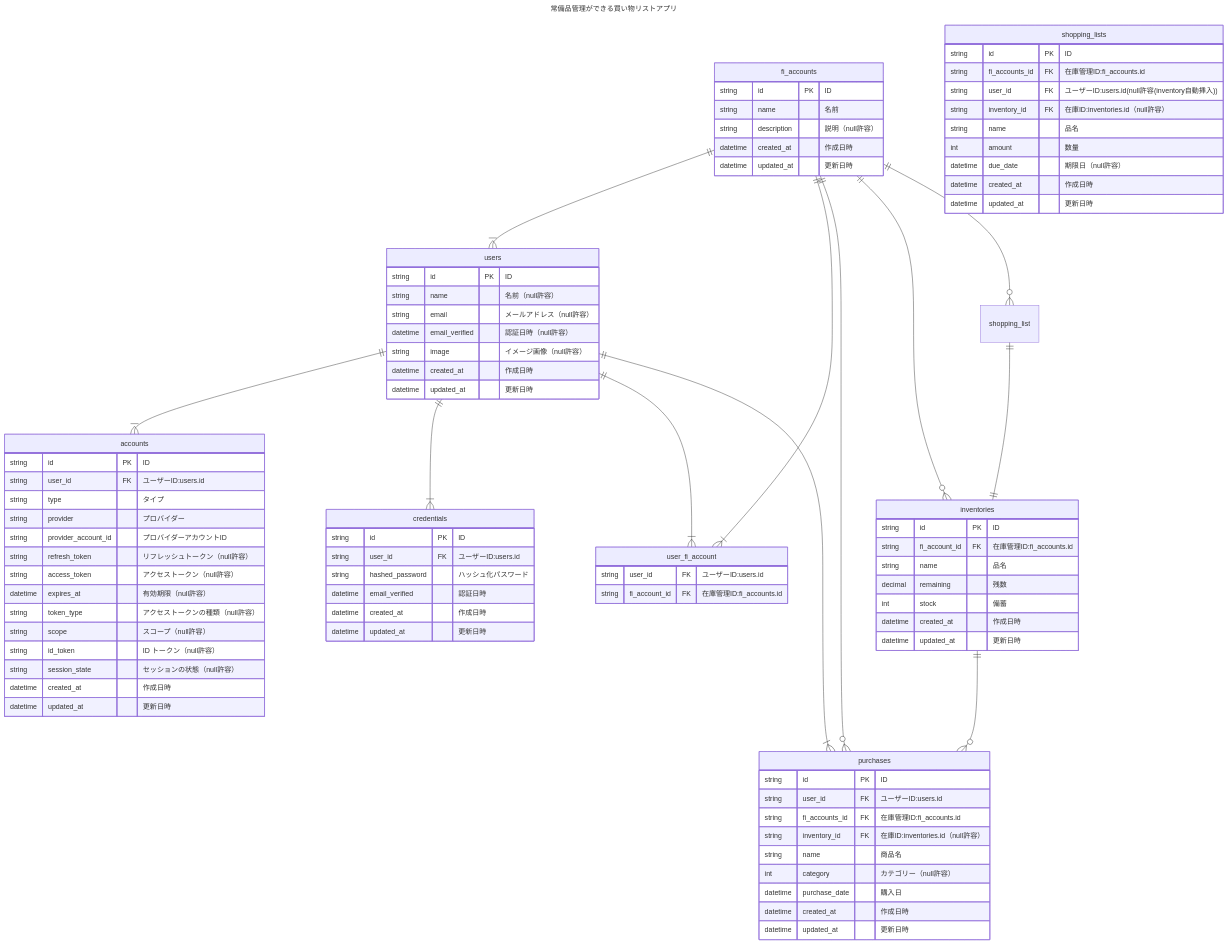
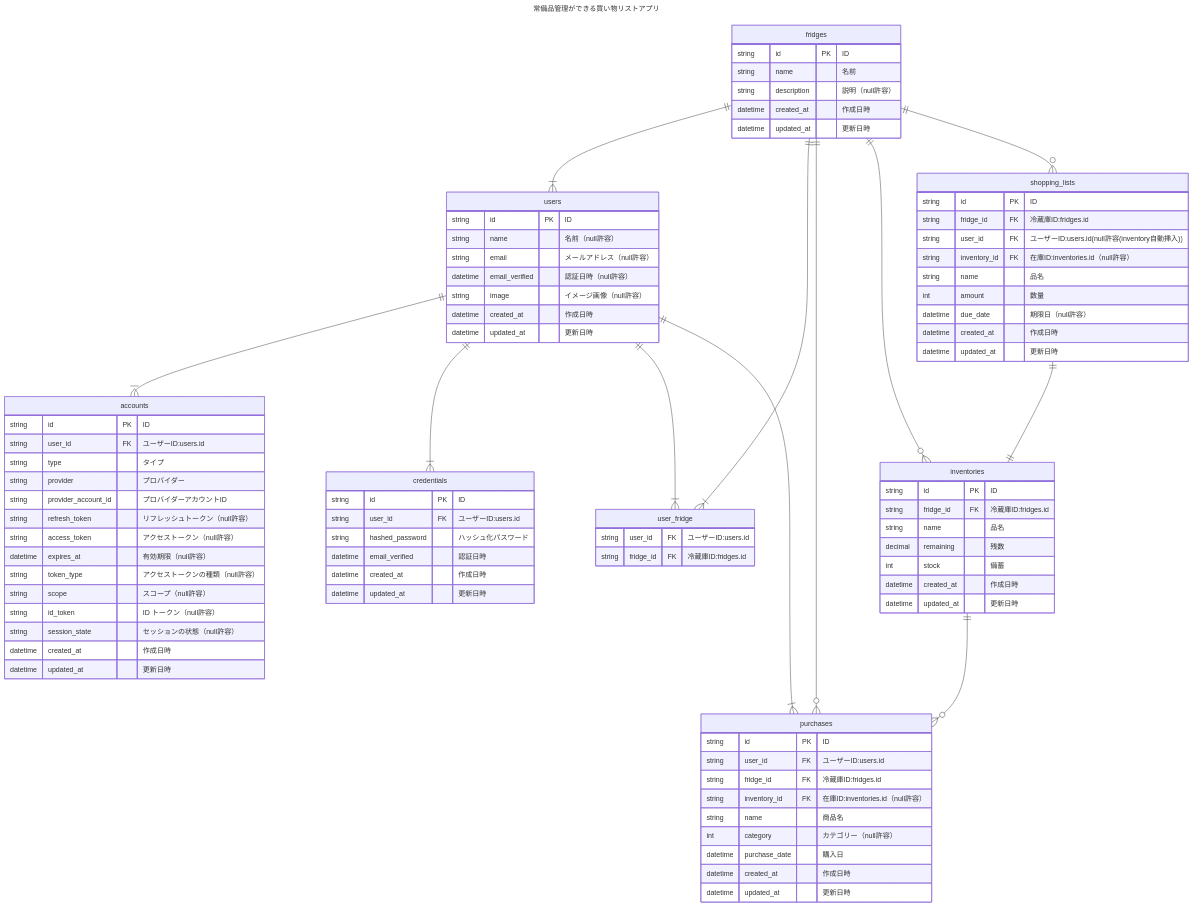
Before and after one commit to kurutto/fridge-inventory: the diagram in doc/fridge-inventory.md, drawn with Mermaid.

Commit message:
shopping-listを複数形に修正
fi_accountsをfridgesに変更

```diff
--- a/doc/fridge-inventory.md
+++ b/doc/fridge-inventory.md
@@ -10,15 +10,15 @@
 
     users ||--|{ accounts : ""
     users ||--|{ credentials : ""
-    fi_accounts ||--|{ users : ""
-    users ||--|{ user_fi_account : ""
-    fi_accounts ||--|{ user_fi_account : ""
+    fridges ||--|{ users : ""
+    users ||--|{ user_fridge : ""
+    fridges ||--|{ user_fridge : ""
     inventories ||--o{ purchases : ""
     users ||--|{ purchases : ""
-    fi_accounts ||--o{ purchases : ""
-    fi_accounts ||--o{ inventories : ""
-    fi_accounts ||--o{ shopping_list : ""
-    shopping_list ||--|| inventories : ""
+    fridges ||--o{ purchases : ""
+    fridges ||--o{ inventories : ""
+    fridges ||--o{ shopping_lists : ""
+    shopping_lists ||--|| inventories : ""
 
     accounts {
         string id PK "ID"
@@ -53,11 +53,11 @@
         datetime created_at "作成日時"
         datetime updated_at "更新日時"
     }
-    user_fi_account{
+    user_fridge{
         string user_id FK "ユーザーID:users.id"
-        string fi_account_id FK "在庫管理ID:fi_accounts.id"
+        string fridge_id FK "冷蔵庫ID:fridges.id"
     }
-    fi_accounts {
+    fridges {
         string id PK "ID"
         string name "名前"
         string description "説明（null許容）"
@@ -66,7 +66,7 @@
     }
     inventories {
         string id PK "ID"
-        string fi_account_id FK "在庫管理ID:fi_accounts.id"
+        string fridge_id FK "冷蔵庫ID:fridges.id"
         string name "品名"
         decimal remaining "残数"
         int stock "備蓄"
@@ -76,7 +76,7 @@
     purchases {
         string id PK "ID"
         string user_id FK "ユーザーID:users.id"
-        string fi_accounts_id FK "在庫管理ID:fi_accounts.id"
+        string fridge_id FK "冷蔵庫ID:fridges.id"
         string inventory_id FK "在庫ID:inventories.id（null許容）"
         string name "商品名"
         int category "カテゴリー（null許容）"
@@ -86,7 +86,7 @@
     }
     shopping_lists {
         string id PK "ID"
-        string fi_accounts_id FK "在庫管理ID:fi_accounts.id"
+        string fridge_id FK "冷蔵庫ID:fridges.id"
         string user_id FK "ユーザーID:users.id(null許容(inventory自動挿入))"
         string inventory_id FK "在庫ID:inventories.id（null許容）"
         string name "品名"
```
